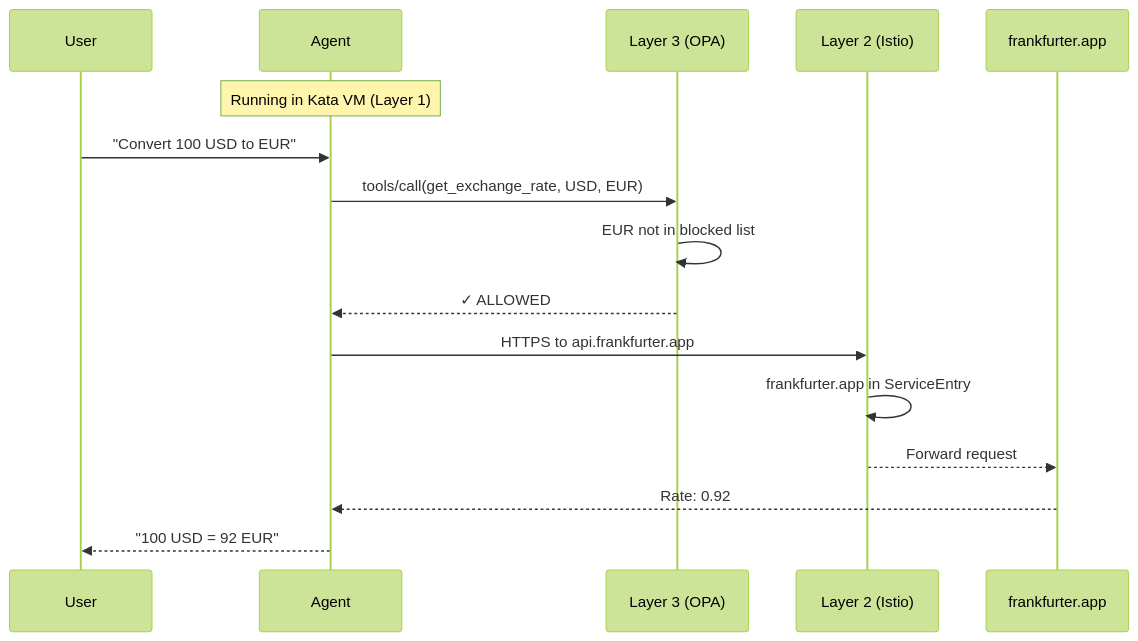
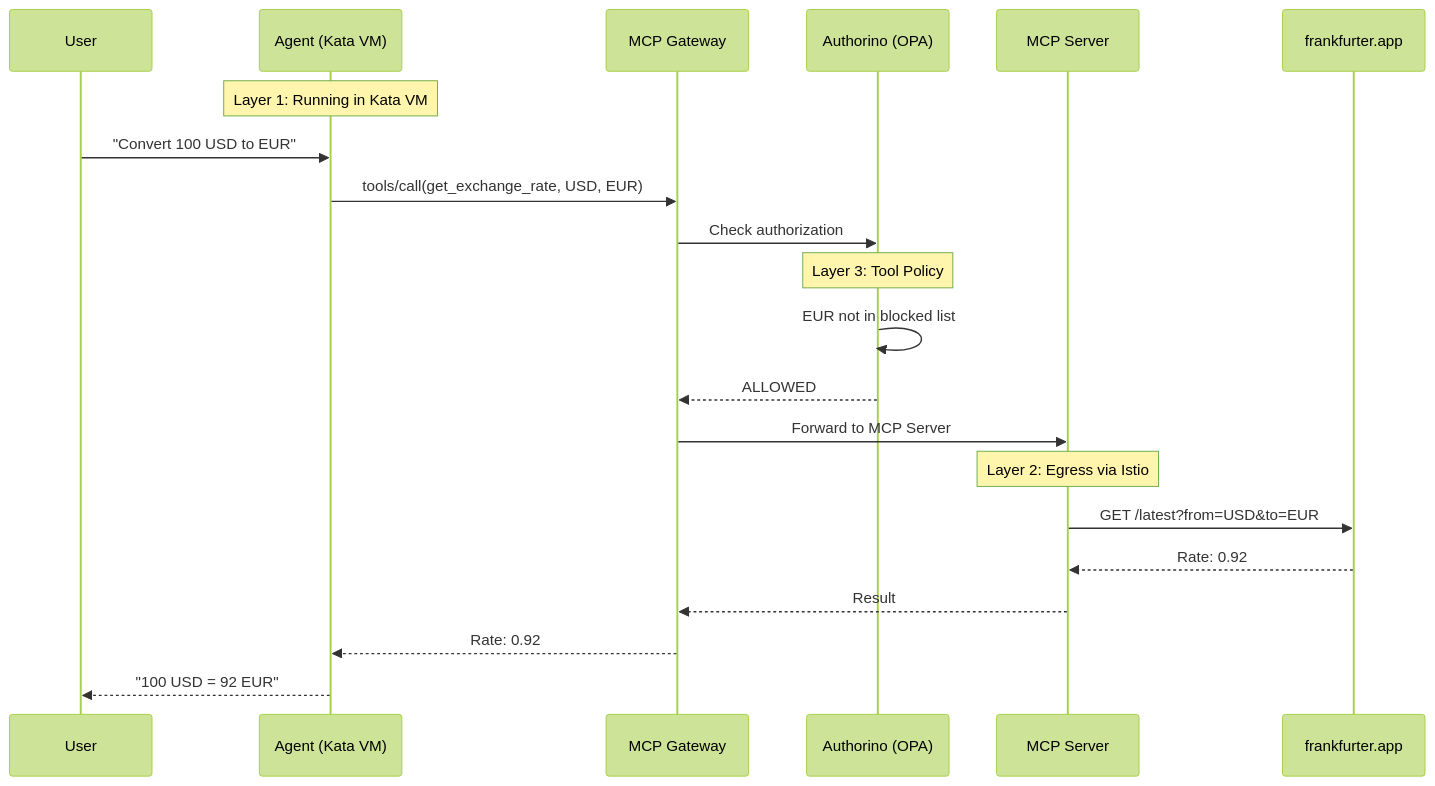
One commit to rrbanda/agent-sandbox-ocp changed the second of 3 diagrams in docs/workshop/01-foundations/02-defense-in-depth.md. Above: the diagram before and after it, drawn with Mermaid (forest theme). The commit also changed other lines of this file and 44 other files, not shown here.

````diff
--- a/docs/workshop/01-foundations/02-defense-in-depth.md
+++ b/docs/workshop/01-foundations/02-defense-in-depth.md
@@ -226,20 +226,25 @@
 ```mermaid
 sequenceDiagram
     participant User
-    participant Agent
-    participant L3 as Layer 3 (OPA)
-    participant L2 as Layer 2 (Istio)
+    participant Agent as Agent (Kata VM)
+    participant Gateway as MCP Gateway
+    participant Authorino as Authorino (OPA)
+    participant MCP as MCP Server
     participant API as frankfurter.app
 
-    Note over Agent: Running in Kata VM (Layer 1)
+    Note over Agent: Layer 1: Running in Kata VM
     
     User->>Agent: "Convert 100 USD to EUR"
-    Agent->>L3: tools/call(get_exchange_rate, USD, EUR)
-    L3->>L3: EUR not in blocked list
-    L3-->>Agent: ✓ ALLOWED
-    Agent->>L2: HTTPS to api.frankfurter.app
-    L2->>L2: frankfurter.app in ServiceEntry
-    L2-->>API: Forward request
-    API-->>Agent: Rate: 0.92
+    Agent->>Gateway: tools/call(get_exchange_rate, USD, EUR)
+    Gateway->>Authorino: Check authorization
+    Note over Authorino: Layer 3: Tool Policy
+    Authorino->>Authorino: EUR not in blocked list
+    Authorino-->>Gateway: ALLOWED
+    Gateway->>MCP: Forward to MCP Server
+    Note over MCP: Layer 2: Egress via Istio
+    MCP->>API: GET /latest?from=USD&to=EUR
+    API-->>MCP: Rate: 0.92
+    MCP-->>Gateway: Result
+    Gateway-->>Agent: Rate: 0.92
     Agent-->>User: "100 USD = 92 EUR"
 ```
````
